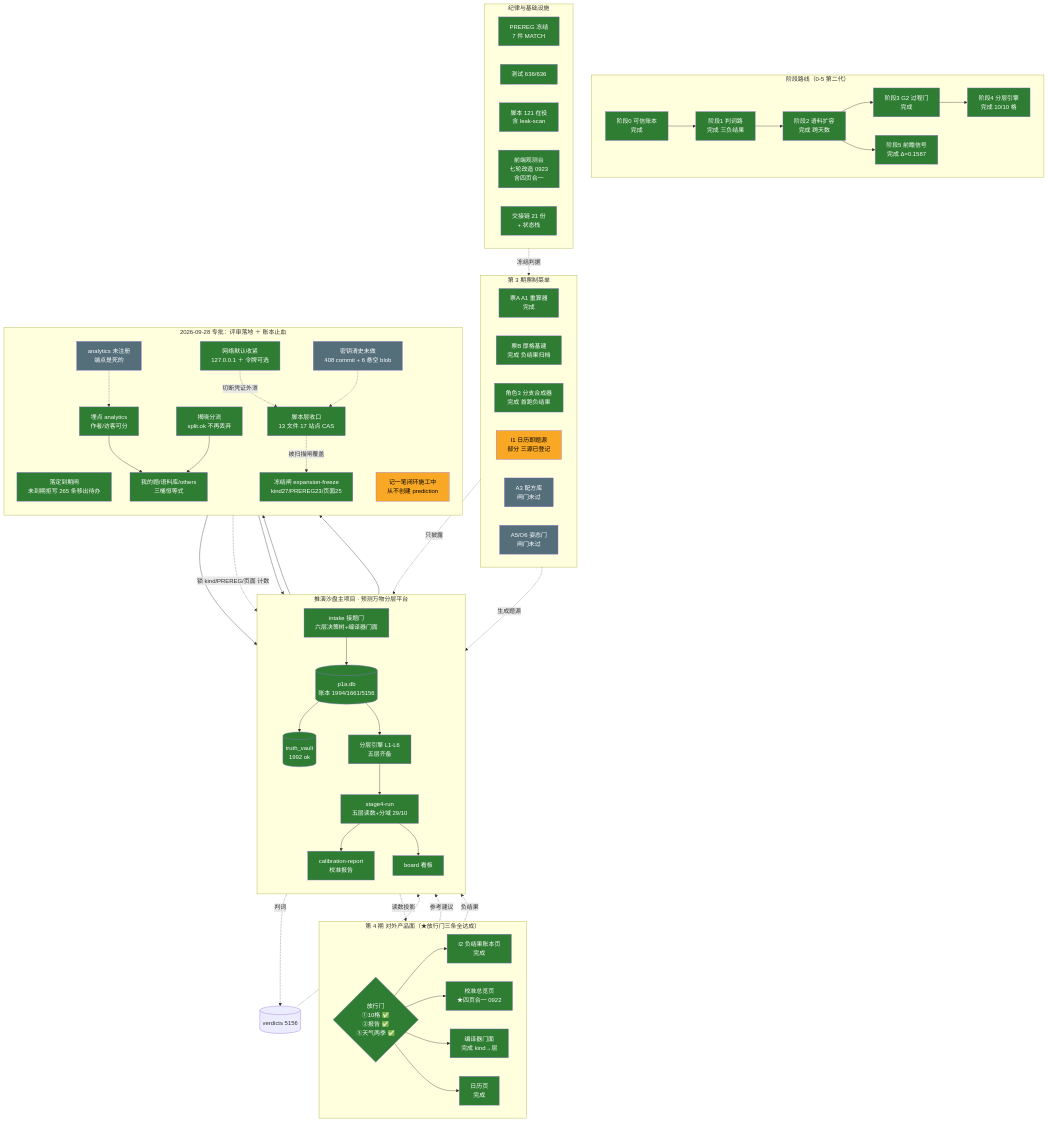
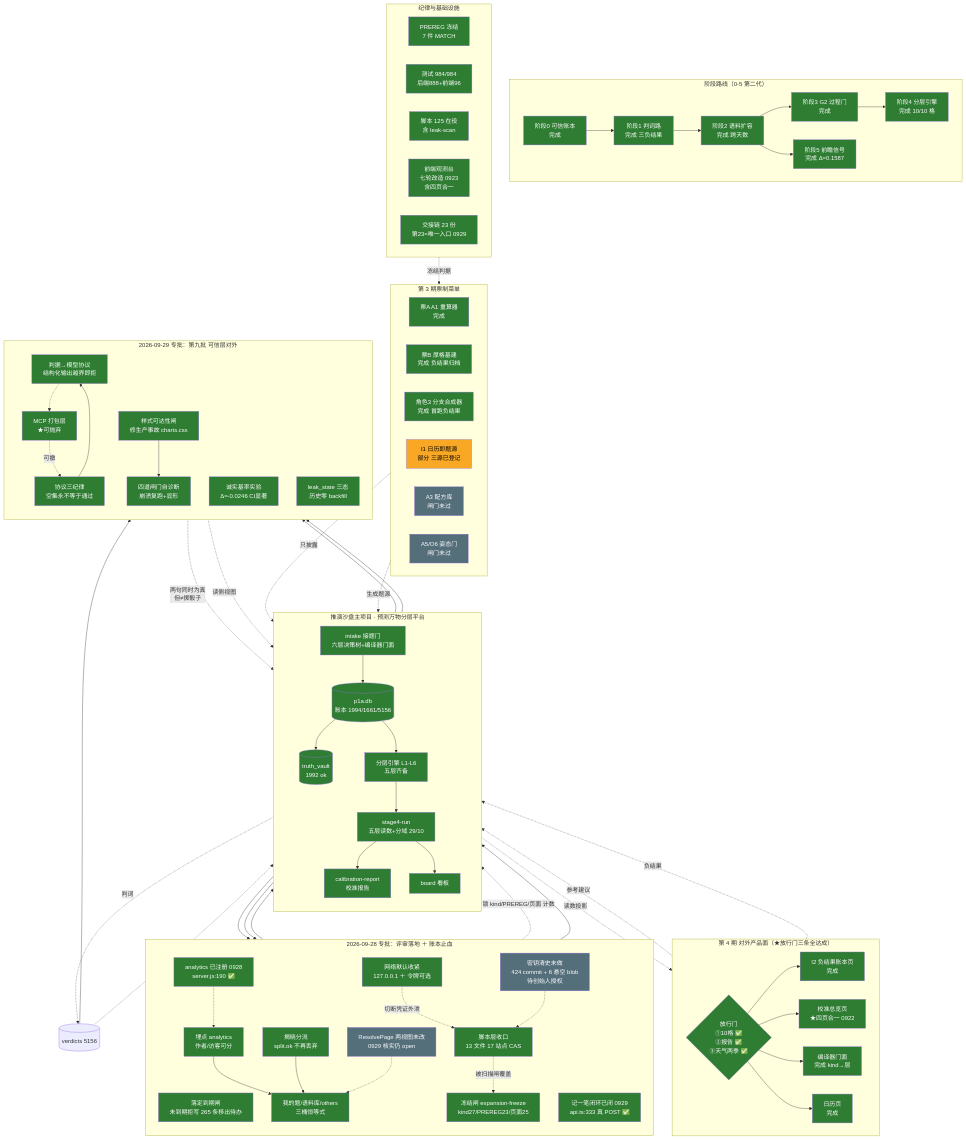
One commit to rui08984-dot/tuiyan-sandbox changed the diagram in architecture.mmd. Above: the diagram before and after it, drawn with Mermaid. The commit also changed 6 other files, not shown here.

First line of the commit message:
docs(交接): 第九批交接链补写 ＋ 地图/看板/索引同步（第九批原未落锚未交接）

```diff
--- a/architecture.mmd
+++ b/architecture.mmd
@@ -1,104 +1,126 @@
 flowchart TB
     subgraph MAIN["推演沙盘主项目 · 预测万物分层平台"]
         direction TB
         LEDGER[("p1a.db<br/>账本 1994/1661/5156")]
         VAULT[("truth_vault<br/>1992 ok")]
         INTAKE["intake 接题门<br/>六层决策树+编译器门面"]
         ENGINES["分层引擎 L1-L6<br/>五层齐备"]
         STAGE4["stage4-run<br/>五层读数+分域 29/10"]
         CAL["calibration-report<br/>校准报告"]
         BOARD["board 看板"]
         LEDGER --> VAULT
         LEDGER --> ENGINES
         INTAKE --> LEDGER
         ENGINES --> STAGE4
         STAGE4 --> CAL
         STAGE4 --> BOARD
     end
 
     subgraph PHASE["阶段路线（0-5 第二代）"]
         direction LR
         P0["阶段0 可信账本<br/>完成"]
         P1["阶段1 判词路<br/>完成 三负结果"]
         P2["阶段2 语料扩容<br/>完成 跨天数"]
         P3["阶段3 G2 过程门<br/>完成"]
         P4["阶段4 分层引擎<br/>完成 10/10 格"]
         P5["阶段5 前瞻信号<br/>完成 Δ=0.1587"]
         P0 --> P1 --> P2 --> P3 --> P4
         P2 --> P5
     end
 
     subgraph TICKET["第 3 期票制菜单"]
         direction LR
         A1["票A A1 重算器<br/>完成"]
         TB["票B 厚格基建<br/>完成 负结果归档"]
         R3["角色3 分支合成器<br/>完成 首跑负结果"]
         I1["I1 日历即题源<br/>部分 三源已登记"]
         A3["A3 配方库<br/>闸门未过"]
         A5["A5/O6 姿态门<br/>闸门未过"]
     end
 
     subgraph P4F["第 4 期 对外产品面（★放行门三条全达成）"]
         direction LR
         GATE{"放行门<br/>①10格 ✅<br/>②报告 ✅<br/>③天气两季 ✅"}
         F1["I2 负结果账本页<br/>完成"]
         F5["校准总览页<br/>★四页合一 0922"]
         F4["编译器门面<br/>完成 kind→层"]
         F6["日历页<br/>完成"]
         GATE --> F1
         GATE --> F5
         GATE --> F4
         GATE --> F6
     end
 
     subgraph INFRA["纪律与基础设施"]
         direction LR
         PREREG["PREREG 冻结<br/>7 件 MATCH"]
-        TEST["测试 636/636"]
-        SCRIPTS["脚本 121 在役<br/>含 leak-scan"]
+        TEST["测试 984/984<br/>后端888+前端96"]
+        SCRIPTS["脚本 125 在役<br/>含 leak-scan"]
         UI["前端观测台<br/>七轮改造 0923<br/>含四页合一"]
-        HANDOFF["交接链 21 份<br/>+ 状态栈"]
+        HANDOFF["交接链 23 份<br/>第23=唯一入口 0929"]
     end
 
     ENGINES -.->|"判词"| VERD[("verdicts 5156")]
     VERD -.-> STAGE4
     PREREG -.->|"冻结判据"| R3
     R3 -.->|"只披露"| BOARD
     I1 -.->|"生成题源"| INTAKE
     STAGE4 -.->|"读数投影"| GATE
     F4 -.->|"参考建议"| INTAKE
     F1 -.->|"负结果"| BOARD
 
     subgraph D928["2026-09-28 专批：评审落地 ＋ 账本止血"]
         direction TB
         GUARD["落定到期闸<br/>未到期拒写 265 条移出待办"]
         EXPIRE["揭晓分流<br/>split.ok 不再丢弃"]
         FROZE["冻结闸 expansion-freeze<br/>kind27/PREREG23/页面25"]
         SCRIPTG["脚本层收口<br/>13 文件 17 站点 CAS"]
         SECURE["网络默认收紧<br/>127.0.0.1 ＋ 令牌可选"]
         TLM["埋点 analytics<br/>作者/访客可分"]
         VIEWS["我的题/语料库/others<br/>三桶恒等式"]
-        HOLE1["密钥清史未做<br/>408 commit + 6 悬空 blob"]
-        HOLE2["analytics 未注册<br/>端点是死的"]
-        HOLE3["记一笔闭环施工中<br/>从不创建 prediction"]
+        HOLE1["密钥清史未做<br/>424 commit + 6 悬空 blob<br/>待创始人授权"]
+        HOLE2["analytics 已注册 0928<br/>server.js:190 ✅"]
+        HOLE3["记一笔闭环已闭 0929<br/>api.ts:333 真 POST ✅"]
+        HOLE4["ResolvePage 两视图未改<br/>0929 核实仍 open"]
     end
 
     LEDGER --> GUARD
     INTAKE --> EXPIRE
     SCRIPTG --> LEDGER
     SECURE -.->|"切断凭证外泄"| SCRIPTG
     TLM --> VIEWS
     EXPIRE --> VIEWS
     FROZE -.->|"锁 kind/PREREG/页面 计数"| INTAKE
     SCRIPTG -.->|"被扫描闸覆盖"| FROZE
     HOLE1 -.-> SCRIPTG
     HOLE2 -.-> TLM
     HOLE3 --> INTAKE
+    HOLE4 -.-> VIEWS
+
+    subgraph D929["2026-09-29 专批：第九批 可信层对外"]
+        direction TB
+        REACH["样式可达性闸<br/>修生产事故 charts.css"]
+        GATE9["四道闸门自诊断<br/>崩溃复跑+显形"]
+        BR["诚实基率实验<br/>Δ=-0.0246 CI显著"]
+        LEAKSTATE["leak_state 三态<br/>历史零 backfill"]
+        PROTO["判据→模型协议<br/>结构化输出越界即拒"]
+        MCPL["MCP 打包层<br/>★可抛弃"]
+        BR -.->|"两句同时为真<br/>但≠掷骰子"| BOARD
+        LEAKSTATE -.->|"读侧视图"| BOARD
+        PROTO -.-> MCPL
+        MCPL -.->|"可撤"| PROTOCOL["协议三纪律<br/>空集永不等于通过"]
+    end
+
+    INTAKE --> REACH
+    REACH --> GATE9
+    ENGINES --> BR
+    VERD --> LEAKSTATE
+    PROTOCOL --> PROTO
 
     classDef done fill:#2e7d32,color:#fff
     classDef doing fill:#f9a825,color:#000
     classDef notstarted fill:#546e7a,color:#fff
 
-    class P0,P1,P2,P3,P4,P5,A1,TB,R3,LEDGER,VAULT,INTAKE,ENGINES,STAGE4,CAL,BOARD,PREREG,TEST,SCRIPTS,UI,HANDOFF,GATE,F1,F4,F5,F6,GUARD,EXPIRE,FROZE,SCRIPTG,SECURE,TLM,VIEWS done
-    class I1,HOLE3 doing
-    class A3,A5,HOLE1,HOLE2 notstarted
+    class P0,P1,P2,P3,P4,P5,A1,TB,R3,LEDGER,VAULT,INTAKE,ENGINES,STAGE4,CAL,BOARD,PREREG,TEST,SCRIPTS,UI,HANDOFF,GATE,F1,F4,F5,F6,GUARD,EXPIRE,FROZE,SCRIPTG,SECURE,TLM,VIEWS,REACH,GATE9,BR,LEAKSTATE,PROTO,MCPL,PROTOCOL,HOLE2,HOLE3 done
+    class I1 doing
+    class A3,A5,HOLE1,HOLE4 notstarted
```
